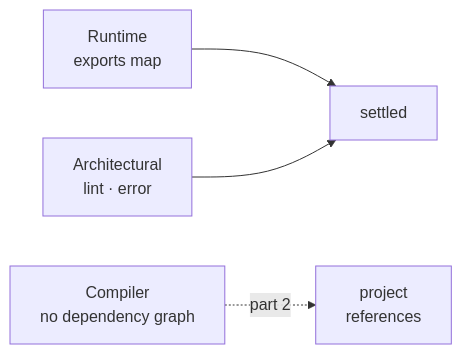
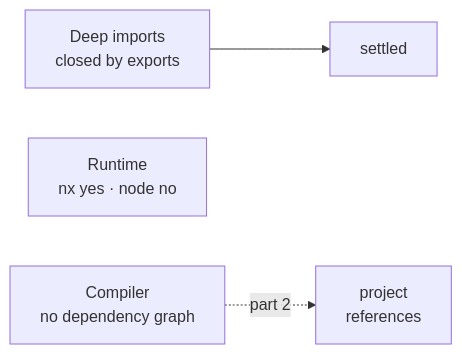
Before and after one commit to fmmenchi/dev-blog: the third of 3 diagrams in apps/blog/content/drafts/can-i-import-this.mdx, drawn with Mermaid. The commit also changed other lines of this file and 4 other files, not shown here.

````diff
--- a/apps/blog/content/drafts/can-i-import-this.mdx
+++ b/apps/blog/content/drafts/can-i-import-this.mdx
@@ -180,7 +222,7 @@
 ```mermaid
 flowchart LR
-  accDescr: The runtime boundary and the architectural boundary are settled by the exports map and the lint rule. The compiler still has no dependency graph, which is what project references add in part 2.
-  Runtime["Runtime<br/>exports map"] --> Done["settled"]
-  Arch["Architectural<br/>lint · error"] --> Done
-  Compiler["Compiler<br/>no dependency graph"] -.->|part 2| Refs["project<br/>references"]:::accent
+  accDescr: The exports map closed deep imports. The runtime answer is still split between nx, which loads the source, and plain Node, which cannot. The compiler still has no dependency graph, which is what project references add in part 2.
+  Deep["Deep imports<br/>closed by exports"] --> Done["settled"]
+  Runtime["Runtime<br/>nx yes · node no"]:::accent
+  Compiler["Compiler<br/>no dependency graph"] -.->|part 2| Refs["project<br/>references"]
 ```
````
